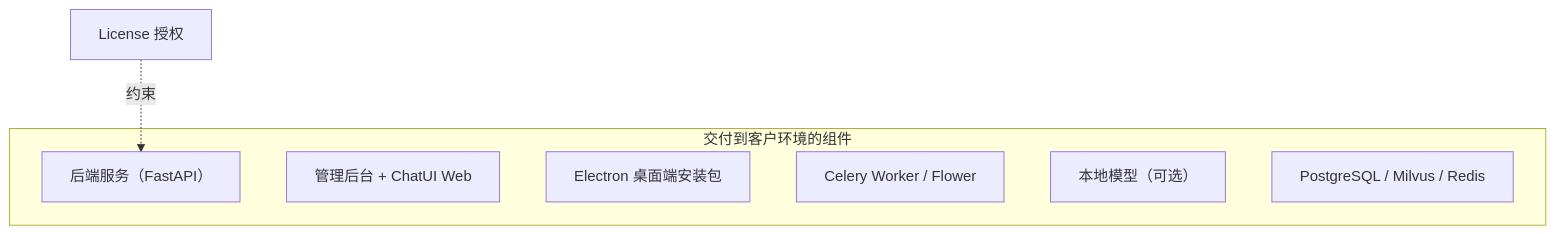
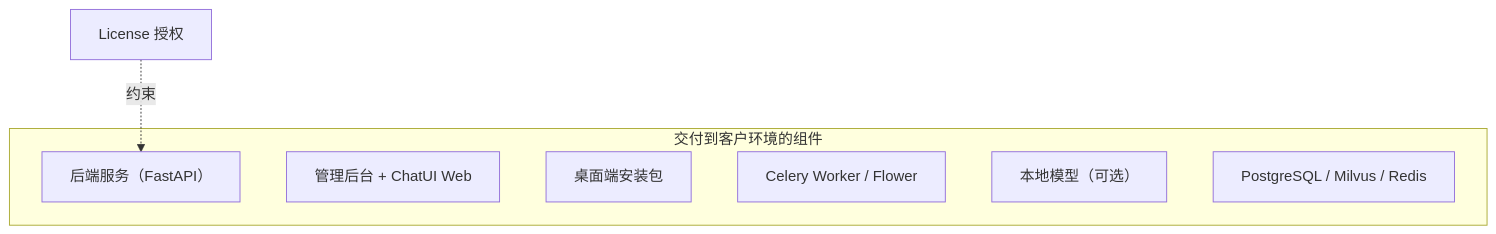
Before and after one commit to snz1dp/taiyiflow: the first of 3 diagrams in src/vendor-guide/oem-distribution.md, drawn with Mermaid. The commit also changed 27 other files, not shown here.

````diff
--- a/src/vendor-guide/oem-distribution.md
+++ b/src/vendor-guide/oem-distribution.md
@@ -13,12 +13,12 @@
 ```mermaid
 graph TB
     subgraph DELIVERY["交付到客户环境的组件"]
         BE["后端服务（FastAPI）"]
         FE["管理后台 + ChatUI Web"]
-        DESK["Electron 桌面端安装包"]
+        DESK["桌面端安装包"]
         WORKER["Celery Worker / Flower"]
         MODEL["本地模型（可选）"]
         DEP["PostgreSQL / Milvus / Redis"]
     end
     LIC["License 授权"] -.->|"约束"| BE
 ```
````
